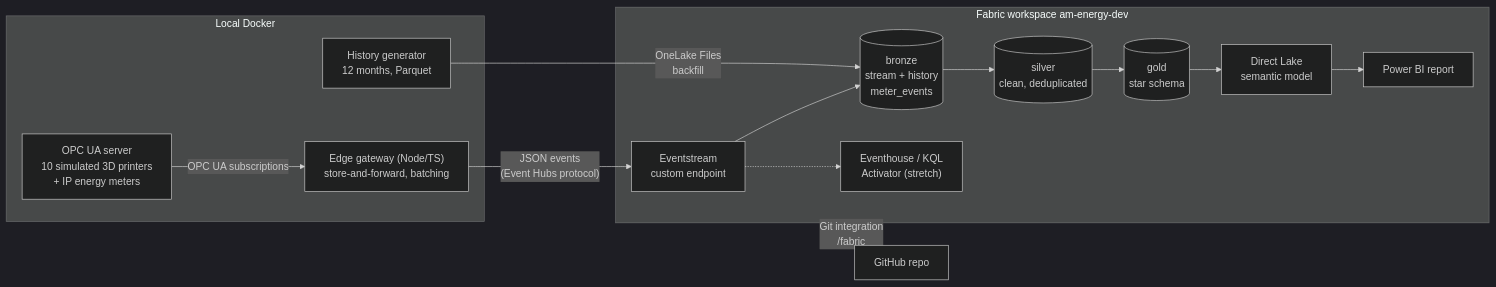
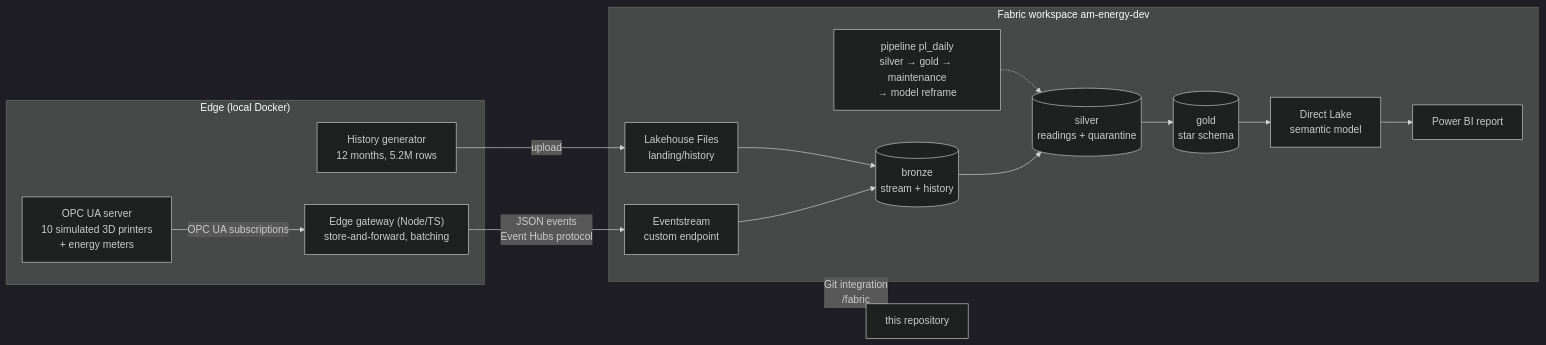
Before and after one commit to v-nc/fabric-am-energy: the diagram in README.md, drawn with Mermaid (dark theme). The commit also changed other lines of this file and 10 other files, not shown here.

````diff
--- a/README.md
+++ b/README.md
@@ -14,25 +41,27 @@
 ```mermaid
 flowchart LR
-  subgraph local["Local Docker"]
-    sim["OPC UA server<br/>10 simulated 3D printers<br/>+ IP energy meters"]
+  subgraph edge["Edge (local Docker)"]
+    sim["OPC UA server<br/>10 simulated 3D printers<br/>+ energy meters"]
     gw["Edge gateway (Node/TS)<br/>store-and-forward, batching"]
-    hist["History generator<br/>12 months, Parquet"]
+    hist["History generator<br/>12 months, 5.2M rows"]
     sim -- "OPC UA subscriptions" --> gw
   end
 
   subgraph fabric["Fabric workspace am-energy-dev"]
     es["Eventstream<br/>custom endpoint"]
-    bronze[("bronze<br/>stream + history<br/>meter_events")]
-    silver[("silver<br/>clean, deduplicated")]
+    files["Lakehouse Files<br/>landing/history"]
+    bronze[("bronze<br/>stream + history")]
+    silver[("silver<br/>readings + quarantine")]
     gold[("gold<br/>star schema")]
     sm["Direct Lake<br/>semantic model"]
     rpt["Power BI report"]
-    eh["Eventhouse / KQL<br/>Activator (stretch)"]
-    es --> bronze --> silver --> gold --> sm --> rpt
-    es -.-> eh
+    pl["pipeline pl_daily<br/>silver → gold → maintenance<br/>→ model reframe"]
+    es --> bronze
+    files --> bronze --> silver --> gold --> sm --> rpt
+    pl -.-> silver
   end
 
-  gw -- "JSON events<br/>(Event Hubs protocol)" --> es
-  hist -- "OneLake Files<br/>backfill" --> bronze
-  fabric <-. "Git integration<br/>/fabric" .-> repo["GitHub repo"]
+  gw -- "JSON events<br/>Event Hubs protocol" --> es
+  hist -- "upload" --> files
+  fabric <-. "Git integration<br/>/fabric" .-> repo["this repository"]
 ```
````
